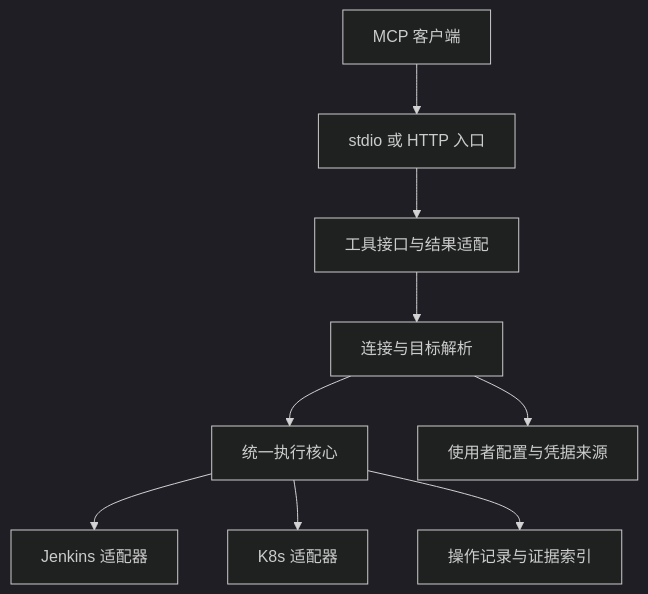
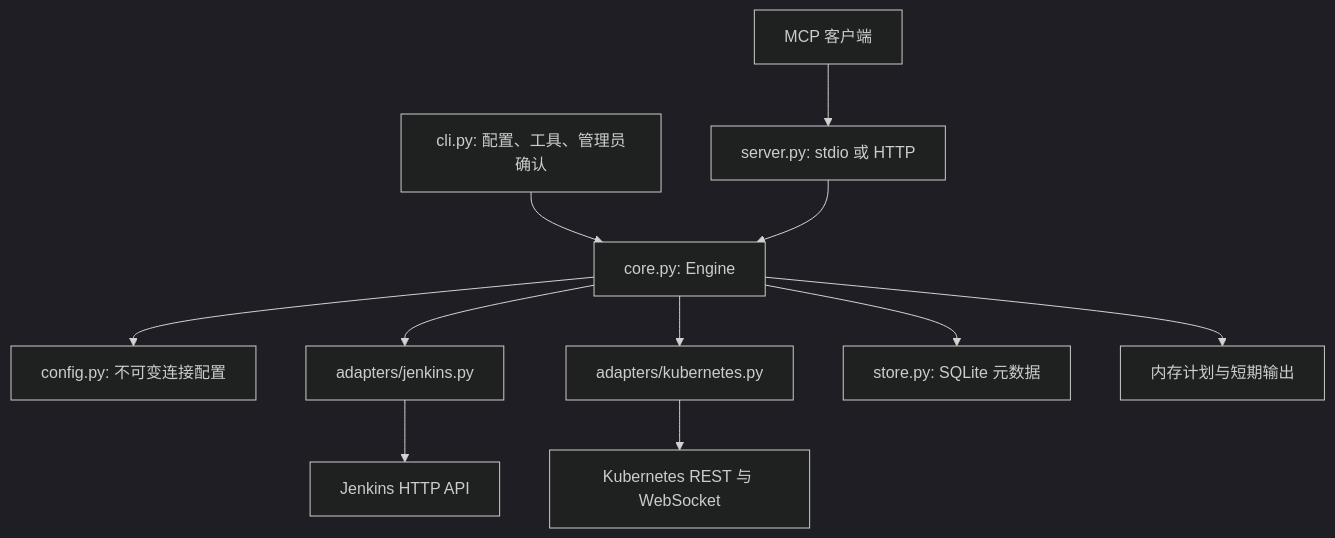
The diagram in AIREADME/ARCHITECTURE.md (iyuenan3/jenkins-k8s-mcp), drawn with Mermaid (dark theme) before and after one commit. The commit also changed other lines of this file and 10 other files, not shown here.

````diff
--- a/AIREADME/ARCHITECTURE.md
+++ b/AIREADME/ARCHITECTURE.md
@@ -7,11 +7,13 @@
 ```mermaid
 flowchart TD
-    Client[MCP 客户端] --> Entry[stdio 或 HTTP 入口]
-    Entry --> Tools[工具接口与结果适配]
-    Tools --> Targets[连接与目标解析]
-    Targets --> Core[统一执行核心]
-    Core --> Jenkins[Jenkins 适配器]
-    Core --> K8s[K8s 适配器]
-    Core --> Store[操作记录与证据索引]
-    Targets --> Credentials[使用者配置与凭据来源]
+    Client[MCP 客户端] --> Entry[server.py: stdio 或 HTTP]
+    CLI[cli.py: 配置、工具、管理员确认] --> Core[core.py: Engine]
+    Entry --> Core
+    Core --> Config[config.py: 不可变连接配置]
+    Core --> Jenkins[adapters/jenkins.py]
+    Core --> K8s[adapters/kubernetes.py]
+    Core --> Store[store.py: SQLite 元数据]
+    Core --> Volatile[内存计划与短期输出]
+    Jenkins --> JenkinsAPI[Jenkins HTTP API]
+    K8s --> K8sAPI[Kubernetes REST 与 WebSocket]
 ```
````
